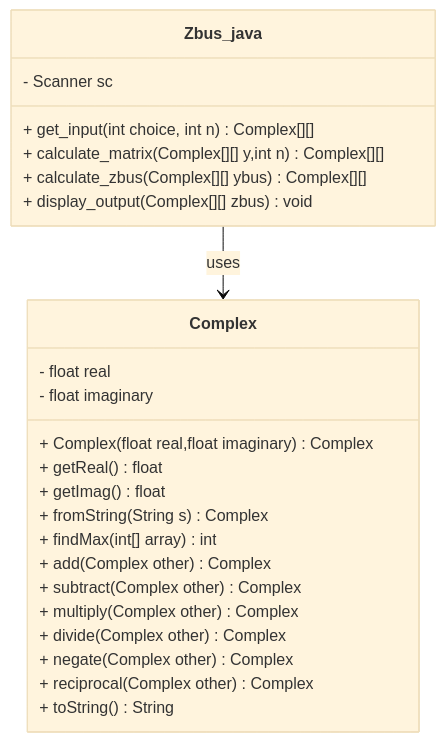
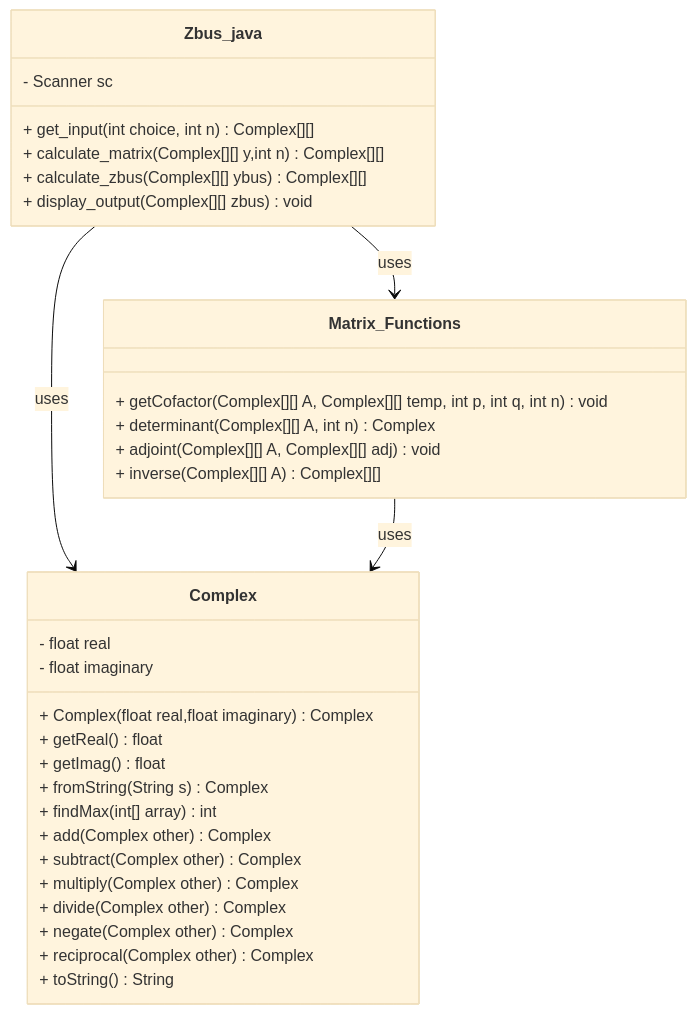
Before and after one commit to Sree2011/codes-loadflow-analysis: the diagram in bus-impedance-matrix.md, drawn with Mermaid (base theme).

Commit message:
zbus doc complete

```diff
--- a/bus-impedance-matrix.md
+++ b/bus-impedance-matrix.md
@@ -55,30 +55,40 @@
 <pre class="mermaid">
 classDiagram
     class Complex{
         - float real
         - float imaginary
         + Complex(float real,float imaginary) Complex
         + getReal() float
         + getImag() float
         + fromString(String s) Complex
         + findMax(int[] array) int
         + add(Complex other) Complex
         + subtract(Complex other) Complex
         + multiply(Complex other) Complex
         + divide(Complex other) Complex
         + negate(Complex other) Complex
         + reciprocal(Complex other) Complex
         + toString() String
     }
 
+    class Matrix_Functions{
+        + getCofactor(Complex[][] A, Complex[][] temp, int p, int q, int n) void
+        + determinant(Complex[][] A, int n) Complex
+        + adjoint(Complex[][] A, Complex[][] adj) void
+        + inverse(Complex[][] A) Complex[][]
+
+    }
+
     class Zbus_java{
         - Scanner sc
         + get_input(int choice, int n) Complex[][]
         + calculate_matrix(Complex[][] y,int n) Complex[][]
         + calculate_zbus(Complex[][] ybus) Complex[][]
         + display_output(Complex[][] zbus) void
     }
 
     Zbus_java --> Complex : uses
+    Zbus_java --> Matrix_Functions : uses
+    Matrix_Functions --> Complex : uses
 
 </pre>
```
